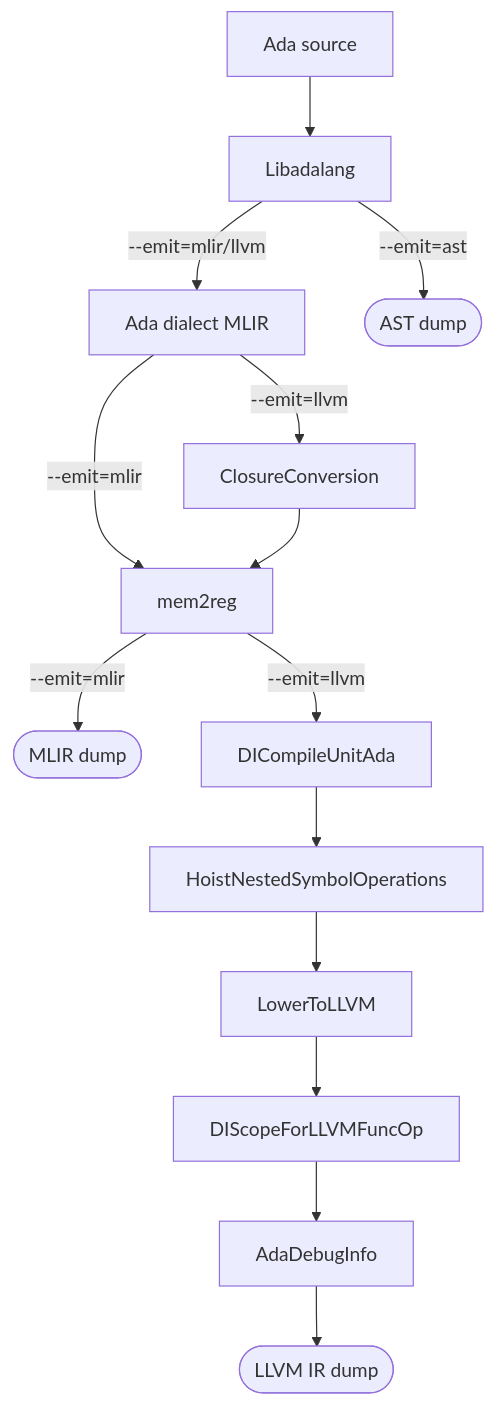
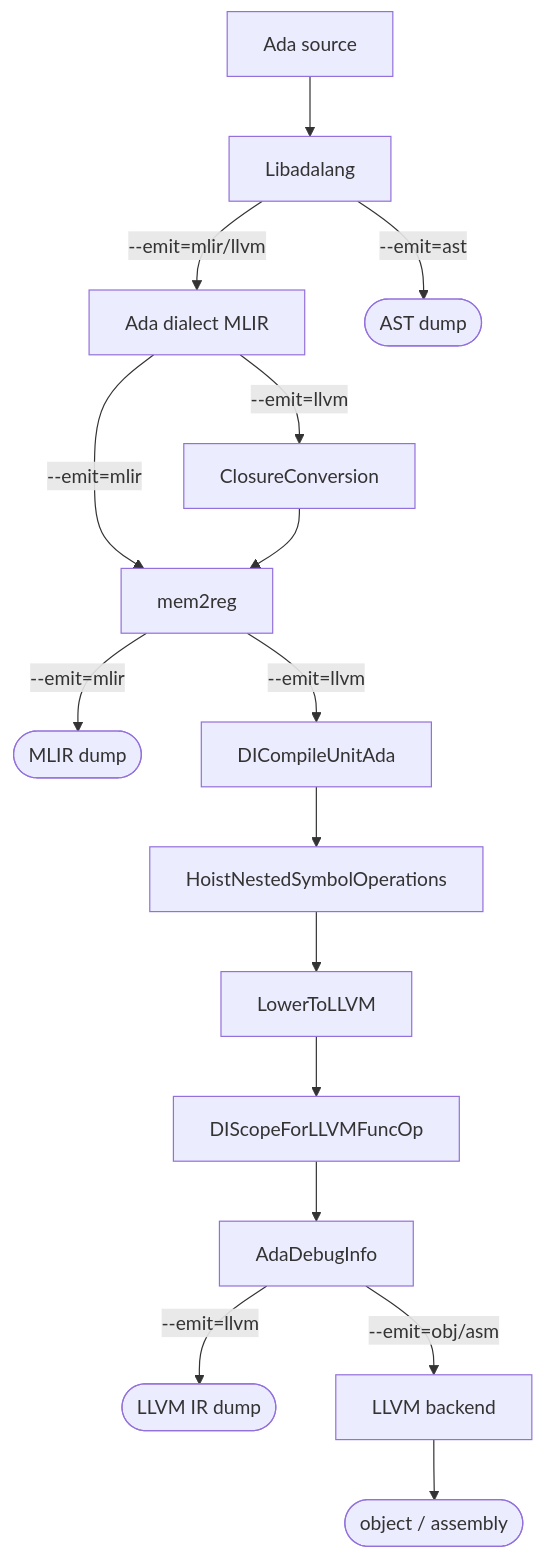
One commit to thvnx/lalvm changed the diagram in README.md. Above: the diagram before and after it, drawn with Mermaid. The commit also changed other lines of this file and 4 other files, not shown here.

First line of the commit message:
[lalvm] Emit object files and assembly in-process

````diff
--- a/README.md
+++ b/README.md
@@ -10,18 +10,20 @@
 ```mermaid
 flowchart TD
     src["Ada source"] --> ast["Libadalang"]
     ast --> |--emit=mlir/llvm|ada["Ada dialect MLIR"]
     ast -->|--emit=ast| dast(["AST dump"])
 
     ada --> |--emit=mlir|m2r["mem2reg"]
     ada --> |--emit=llvm|cc["ClosureConversion"]
     cc --> m2r
     m2r -->|--emit=mlir| dmlir(["MLIR dump"])
 
     m2r --> |--emit=llvm|cu["DICompileUnitAda"]
     cu --> hoist["HoistNestedSymbolOperations"]
     hoist --> low["LowerToLLVM"]
     low --> scope["DIScopeForLLVMFuncOp"]
     scope --> di["AdaDebugInfo"]
-    di --> dllvm(["LLVM IR dump"])
+    di -->|--emit=llvm| dllvm(["LLVM IR dump"])
+    di -->|--emit=obj/asm| be["LLVM backend"]
+    be --> dcode(["object / assembly"])
 ```
````
